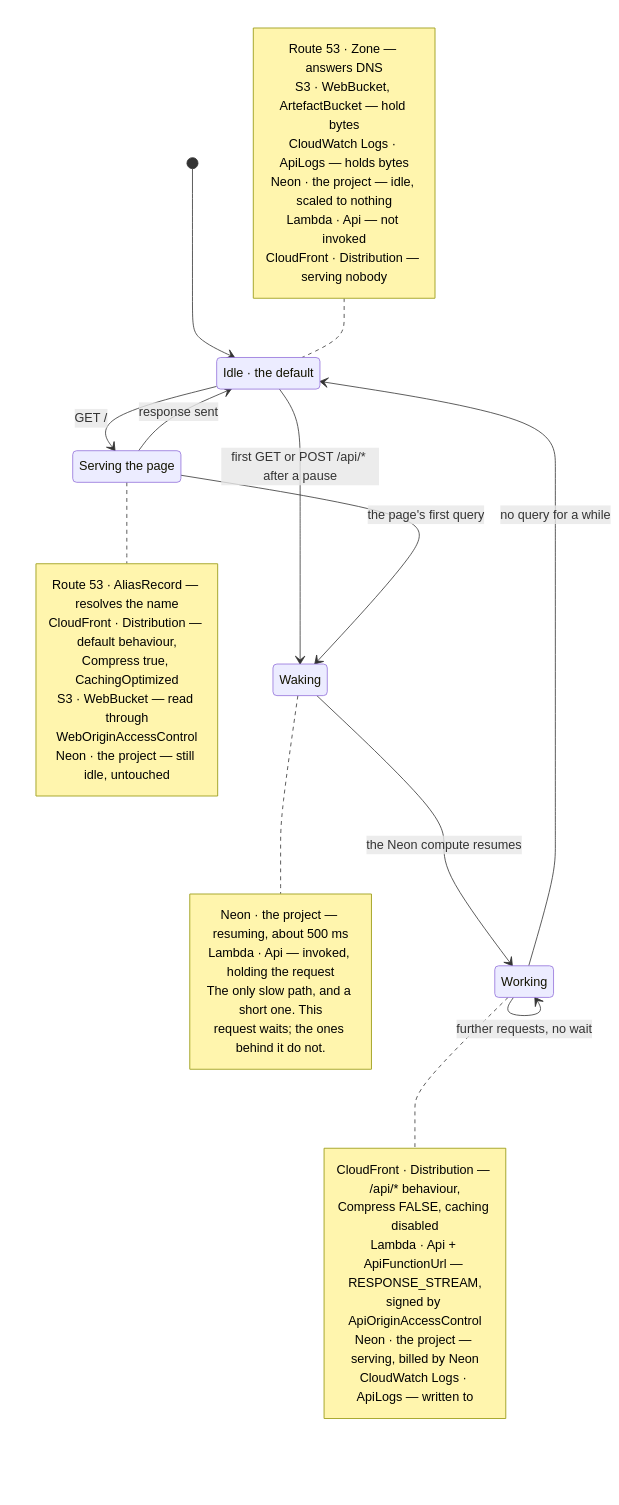
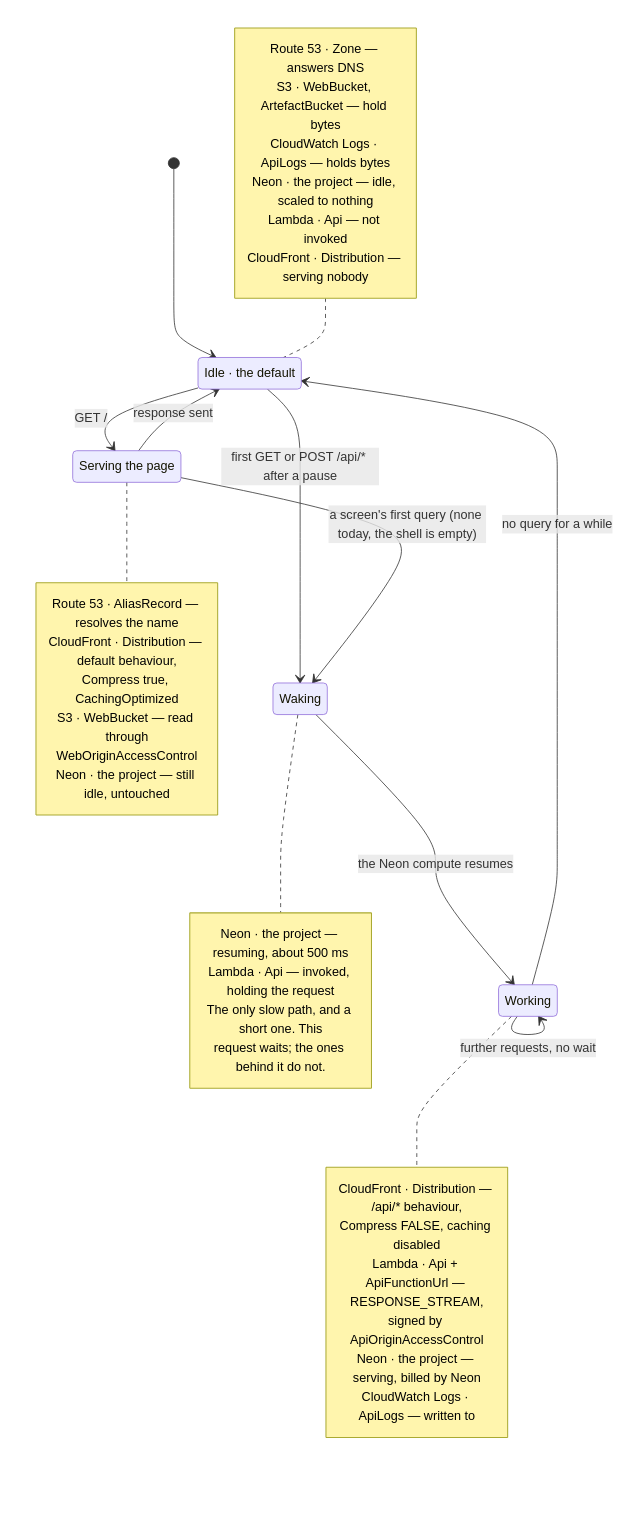
The third of 5 diagrams in infra/architecture.md (Ovich/job-application-ai), drawn with Mermaid before and after one commit. The commit also changed other lines of this file and 1 other file, not shown here.

First line of the commit message:
docs: the web app is an empty shell and the run skeleton is the operator check (S9.6)

````diff
--- a/infra/architecture.md
+++ b/infra/architecture.md
@@ -286,47 +286,47 @@
 ```mermaid
 stateDiagram-v2
   [*] --> Idle
   state "Idle · the default" as Idle
   state "Serving the page" as Page
   state "Waking" as Waking
   state "Working" as Working
 
   Idle --> Page: GET /
   Page --> Idle: response sent
   Idle --> Waking: first GET or POST /api/* after a pause
-  Page --> Waking: the page's first query
+  Page --> Waking: a screen's first query (none today, the shell is empty)
   Waking --> Working: the Neon compute resumes
   Working --> Working: further requests, no wait
   Working --> Idle: no query for a while
 
   note left of Idle
     Route 53 · Zone — answers DNS
     S3 · WebBucket, ArtefactBucket — hold bytes
     CloudWatch Logs · ApiLogs — holds bytes
     Neon · the project — idle, scaled to nothing
     Lambda · Api — not invoked
     CloudFront · Distribution — serving nobody
   end note
   note right of Page
     Route 53 · AliasRecord — resolves the name
     CloudFront · Distribution — default behaviour,
       Compress true, CachingOptimized
     S3 · WebBucket — read through
       WebOriginAccessControl
     Neon · the project — still idle, untouched
   end note
   note right of Waking
     Neon · the project — resuming, about 500 ms
     Lambda · Api — invoked, holding the request
     The only slow path, and a short one. This
     request waits; the ones behind it do not.
   end note
   note right of Working
     CloudFront · Distribution — /api/* behaviour,
       Compress FALSE, caching disabled
     Lambda · Api + ApiFunctionUrl — RESPONSE_STREAM,
       signed by ApiOriginAccessControl
     Neon · the project — serving, billed by Neon
     CloudWatch Logs · ApiLogs — written to
   end note
 ```
````
